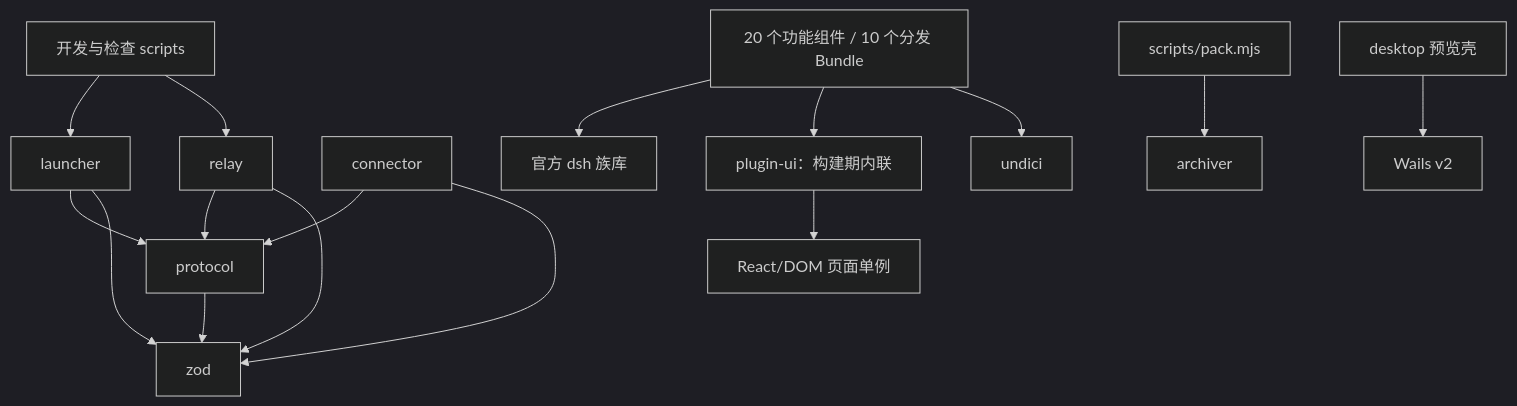
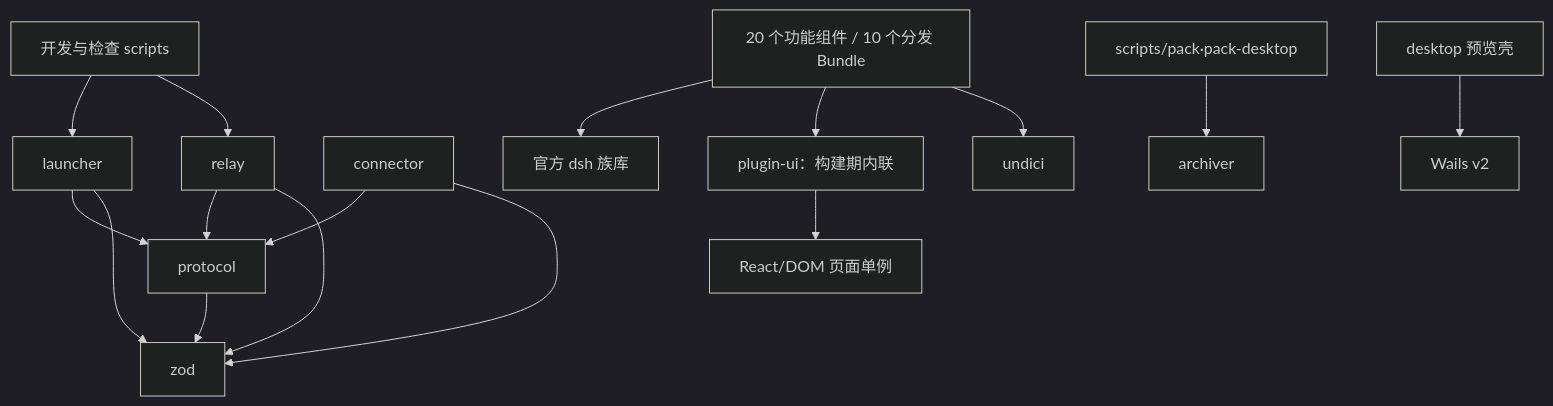
The diagram in ARCHITECTURE.md (WaynePluto/dsh-remote), drawn with Mermaid (dark theme) before and after one commit. The commit also changed other lines of this file and 53 other files, not shown here.

````diff
--- a/ARCHITECTURE.md
+++ b/ARCHITECTURE.md
@@ -40,18 +40,18 @@
 ```mermaid
 graph TD
   Scripts[开发与检查 scripts] --> Launcher[launcher]
   Scripts --> Relay[relay]
   Launcher --> Protocol[protocol]
   Relay --> Protocol
   Connector[connector] --> Protocol
   Plugins[20 个功能组件 / 10 个分发 Bundle] --> DshLibs[官方 dsh 族库]
   Plugins --> PluginUI[plugin-ui：构建期内联]
   Plugins --> Undici[undici]
   PluginUI --> React[React/DOM 页面单例]
   Launcher --> Zod[zod]
   Relay --> Zod
   Connector --> Zod
   Protocol --> Zod
-  Pack[scripts/pack.mjs] --> Archiver[archiver]
+  Pack[scripts/pack·pack-desktop] --> Archiver[archiver]
   DesktopPreview[desktop 预览壳] --> Wails[Wails v2]
 ```
````
